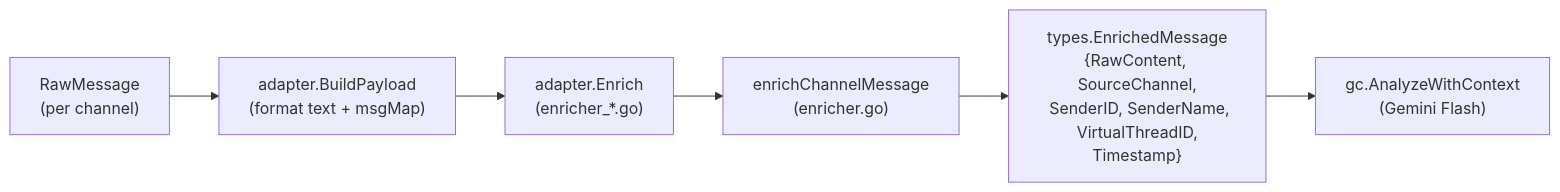
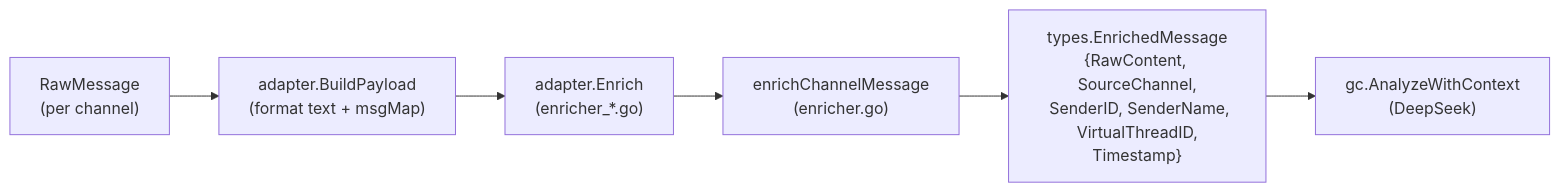
One commit to JaejinSong/message-consolidator changed the second of 2 diagrams in docs/comprehensive/06-scanner-pipeline.md. Above: the diagram before and after it, drawn with Mermaid. The commit also changed other lines of this file and 21 other files, not shown here.

First line of the commit message:
docs: describe DeepSeek as the only LLM provider

````diff
--- a/docs/comprehensive/06-scanner-pipeline.md
+++ b/docs/comprehensive/06-scanner-pipeline.md
@@ -227,8 +227,8 @@
 ```mermaid
 graph LR
     RAW["RawMessage\n(per channel)"] --> BUILD["adapter.BuildPayload\n(format text + msgMap)"]
     BUILD --> ENRICH["adapter.Enrich\n(enricher_*.go)"]
     ENRICH --> COMMON["enrichChannelMessage\n(enricher.go)"]
     COMMON --> OUT["types.EnrichedMessage\n{RawContent, SourceChannel,\n SenderID, SenderName,\n VirtualThreadID, Timestamp}"]
-    OUT --> AI["gc.AnalyzeWithContext\n(Gemini Flash)"]
+    OUT --> AI["gc.AnalyzeWithContext\n(DeepSeek)"]
 ```
````
